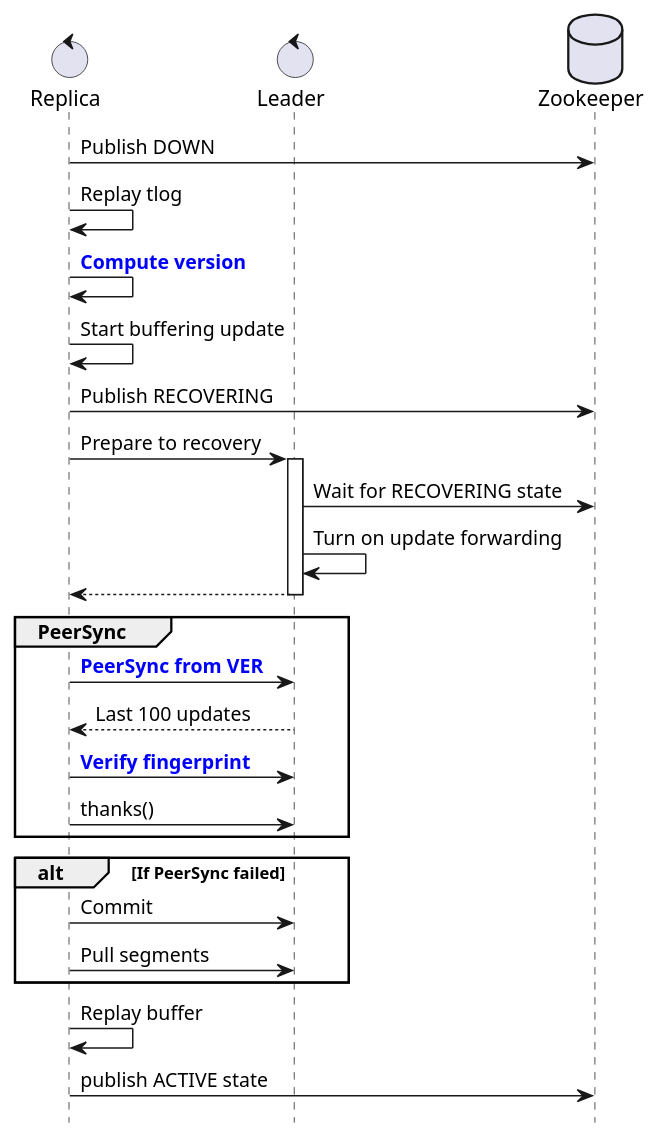
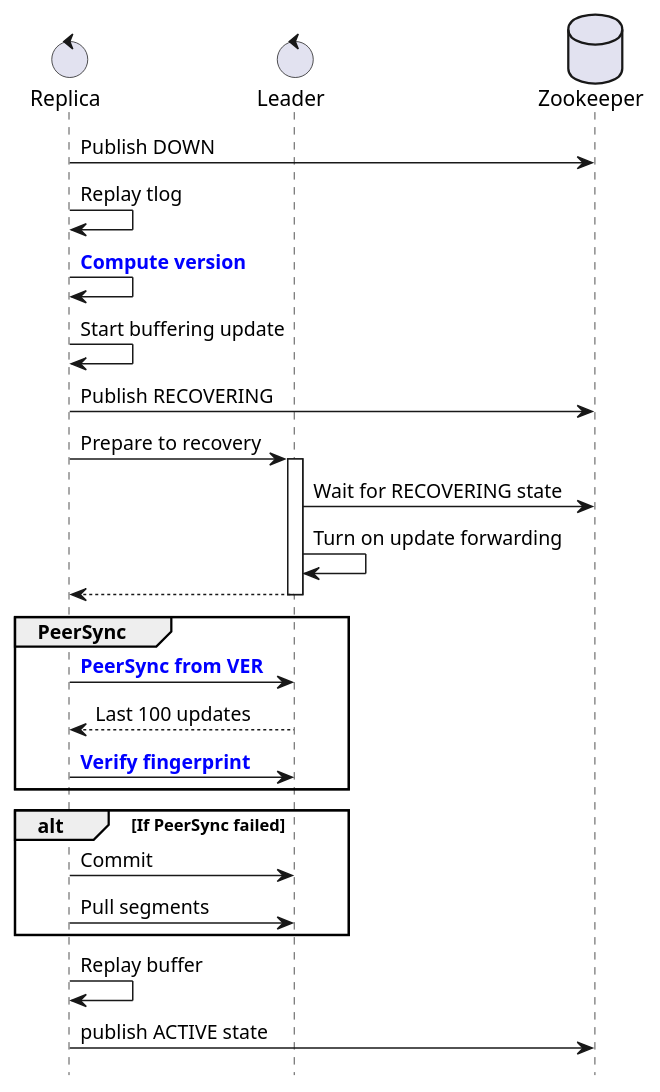
Before and after one commit to manokovacs/solr-internals: the diagram in recovery.puml, drawn with PlantUML. The commit also changed 1 other file, not shown here.

Commit message:
Remove sample "thanks()"

```diff
--- a/recovery.puml
+++ b/recovery.puml
@@ -1,34 +1,33 @@
 @startuml
 hide footbox
 control "Replica" as replica
 control "Leader" as leader
 database "Zookeeper" as zk
 
 
 replica->zk: Publish DOWN
 replica->replica: Replay tlog
 replica->replica: <b><font color=blue>Compute version
 replica->replica: Start buffering update
 replica->zk: Publish RECOVERING
 replica->leader: Prepare to recovery
 activate leader
 leader->zk: Wait for RECOVERING state
 leader->leader: Turn on update forwarding
 leader-->replica:
 deactivate leader
 group PeerSync
 replica->leader: <b><font color=blue>PeerSync from VER
 leader-->replica: Last 100 updates
 replica->leader: <b><font color=blue>Verify fingerprint
-replica->leader: thanks()
 end
 alt If PeerSync failed
     replica->leader: Commit
     replica->leader:Pull segments
 end
 
 
 
 replica->replica: Replay buffer
 replica->zk: publish ACTIVE state
 @enduml
```
